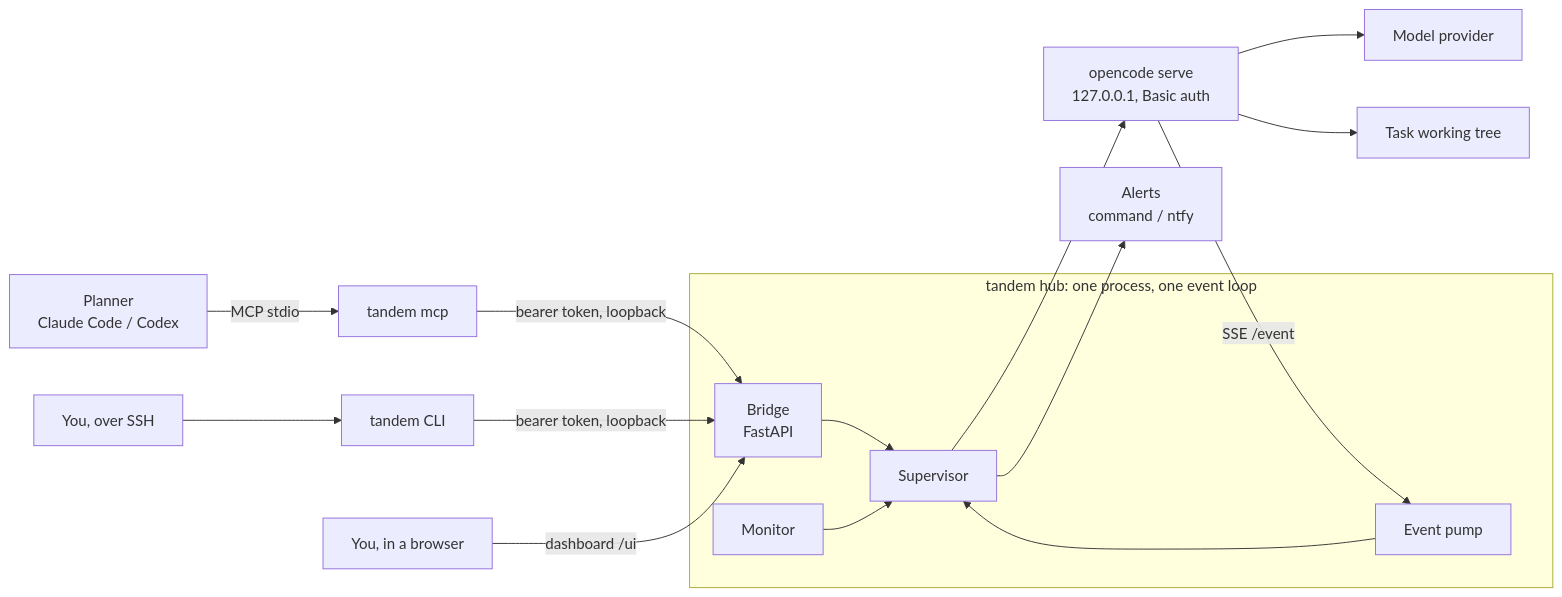
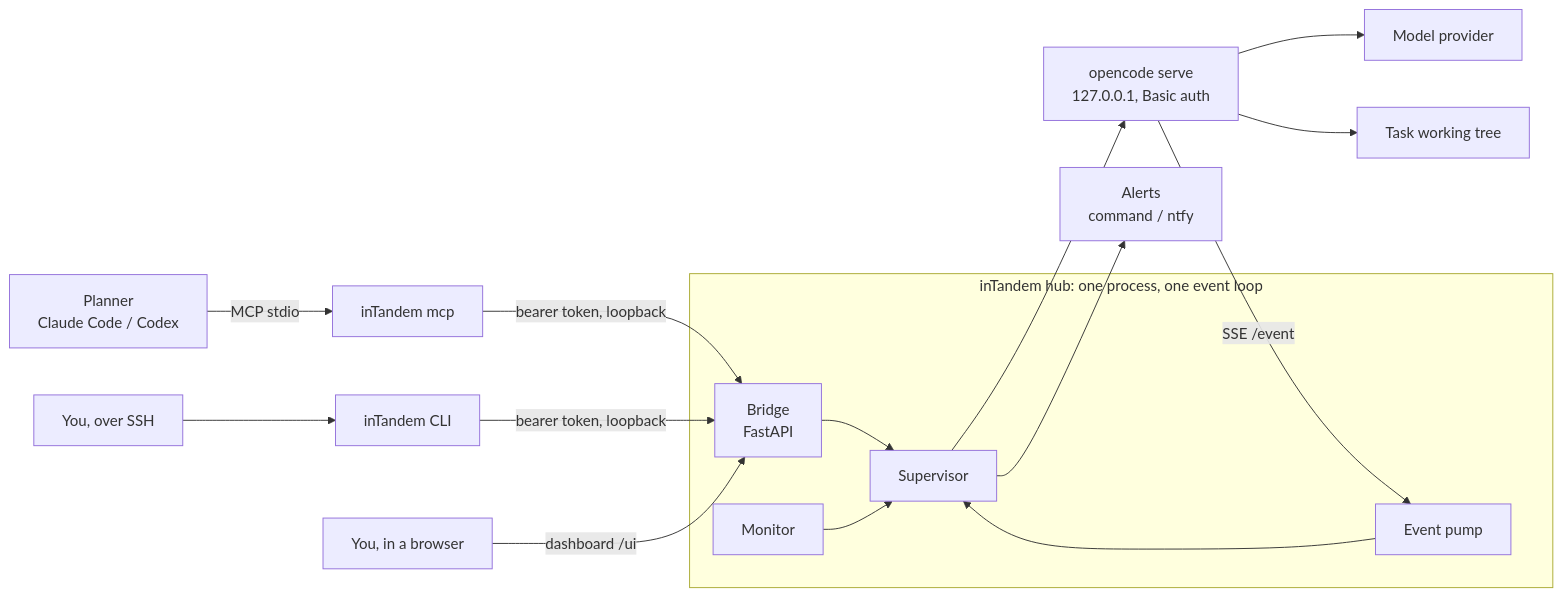
One commit to mumoj/inTandem changed the first of 2 diagrams in README.md. Above: the diagram before and after it, drawn with Mermaid. The commit also changed other lines of this file and 81 other files, not shown here.

````diff
--- a/README.md
+++ b/README.md
@@ -21,18 +21,18 @@
 ```mermaid
 flowchart LR
-    planner["Planner<br/>Claude Code / Codex"] -->|MCP stdio| mcp["tandem mcp"]
-    phone["You, over SSH"] --> cli["tandem CLI"]
+    planner["Planner<br/>Claude Code / Codex"] -->|MCP stdio| mcp["inTandem mcp"]
+    phone["You, over SSH"] --> cli["inTandem CLI"]
     browser["You, in a browser"] -->|dashboard /ui| bridge
     mcp -->|bearer token, loopback| bridge["Bridge<br/>FastAPI"]
     cli -->|bearer token, loopback| bridge
-    subgraph host ["tandem hub: one process, one event loop"]
+    subgraph host ["inTandem hub: one process, one event loop"]
         bridge --> sup["Supervisor"]
         pump["Event pump"] --> sup
         monitor["Monitor"] --> sup
     end
     sup --> oc["opencode serve<br/>127.0.0.1, Basic auth"]
     oc -->|SSE /event| pump
     sup --> alerts["Alerts<br/>command / ntfy"]
     oc --> model["Model provider"]
     oc --> tree["Task working tree"]
 ```
````
